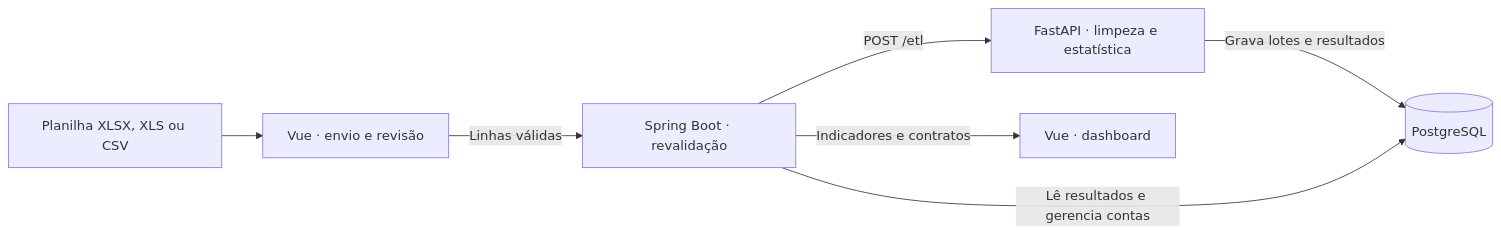
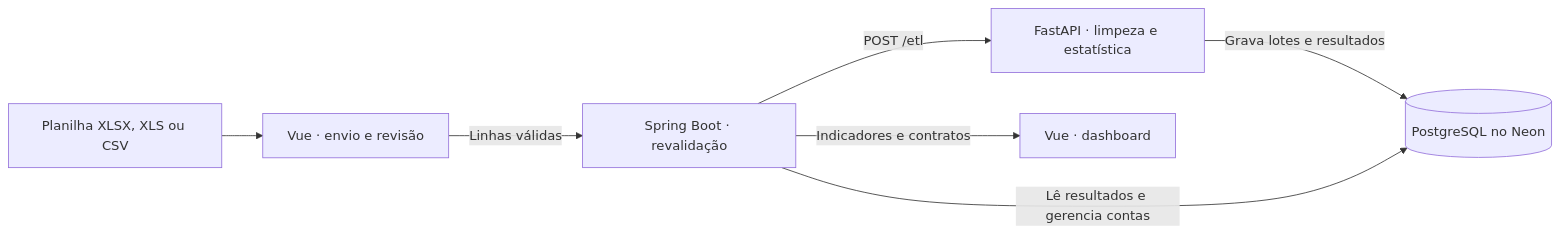
Before and after one commit to recheraphael-Re/CTI_SENAI: the diagram in README.md, drawn with Mermaid. The commit also changed other lines of this file and 2 other files, not shown here.

Commit message:
Documenta arquitetura do CTI Insights com Neon

````diff
--- a/README.md
+++ b/README.md
@@ -7,9 +11,9 @@
 ```mermaid
 flowchart LR
     Planilha["Planilha XLSX, XLS ou CSV"] --> Vue["Vue · envio e revisão"]
     Vue -->|"Linhas válidas"| Java["Spring Boot · revalidação"]
     Java -->|"POST /etl"| Python["FastAPI · limpeza e estatística"]
-    Python -->|"Grava lotes e resultados"| Postgres[("PostgreSQL")]
+    Python -->|"Grava lotes e resultados"| Postgres[("PostgreSQL no Neon")]
     Java -->|"Lê resultados e gerencia contas"| Postgres
     Java -->|"Indicadores e contratos"| Dashboard["Vue · dashboard"]
 ```
````
